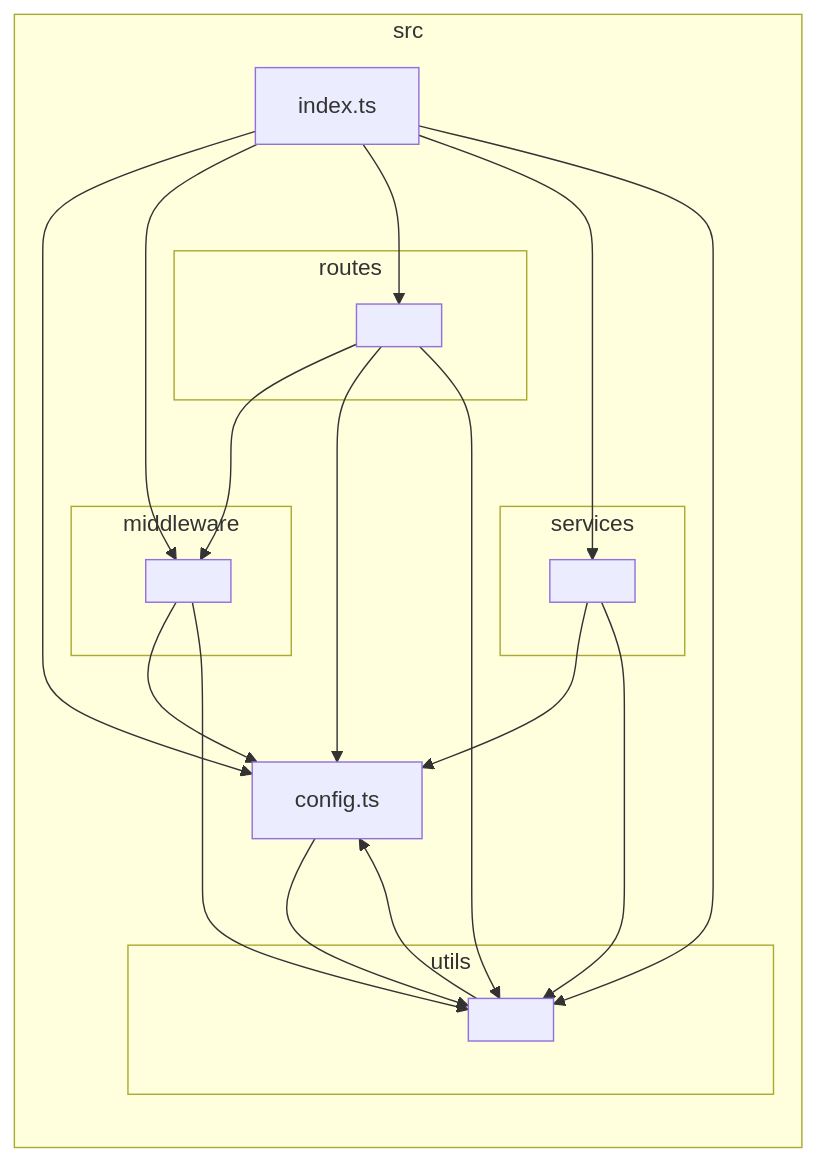
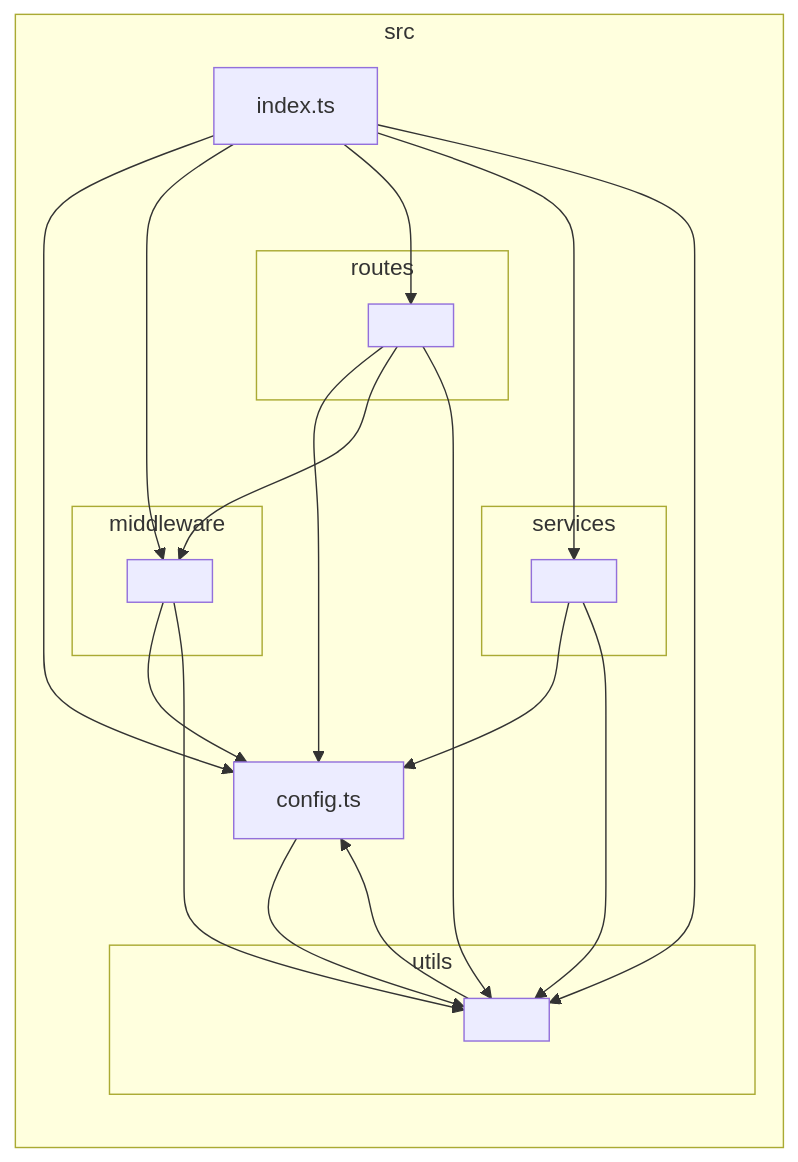
One commit to nekoguntai-castle/sanctuary changed the diagram in docs/architecture/generated/gateway.md. Above: the diagram before and after it, drawn with Mermaid. The commit also changed other lines of this file and 4 other files, not shown here.

Commit message:
Regenerate frontend dependency graph for main (#409)

````diff
--- a/docs/architecture/generated/gateway.md
+++ b/docs/architecture/generated/gateway.md
@@ -19,34 +19,34 @@
 ```mermaid
 flowchart LR
 
 subgraph 0["src"]
 1["config.ts"]
 2["index.ts"]
 subgraph 3["middleware"]
 4[" "]
 end
 subgraph 5["routes"]
 6[" "]
 end
 subgraph 7["services"]
 8[" "]
 end
 subgraph 9["utils"]
 A[" "]
 end
 end
 1-->A
 2-->1
 2-->4
 2-->6
 2-->8
 2-->A
 4-->1
 4-->A
+6-->1
 6-->4
-6-->1
 6-->A
 8-->1
 8-->A
 A-->1
 ```
````
